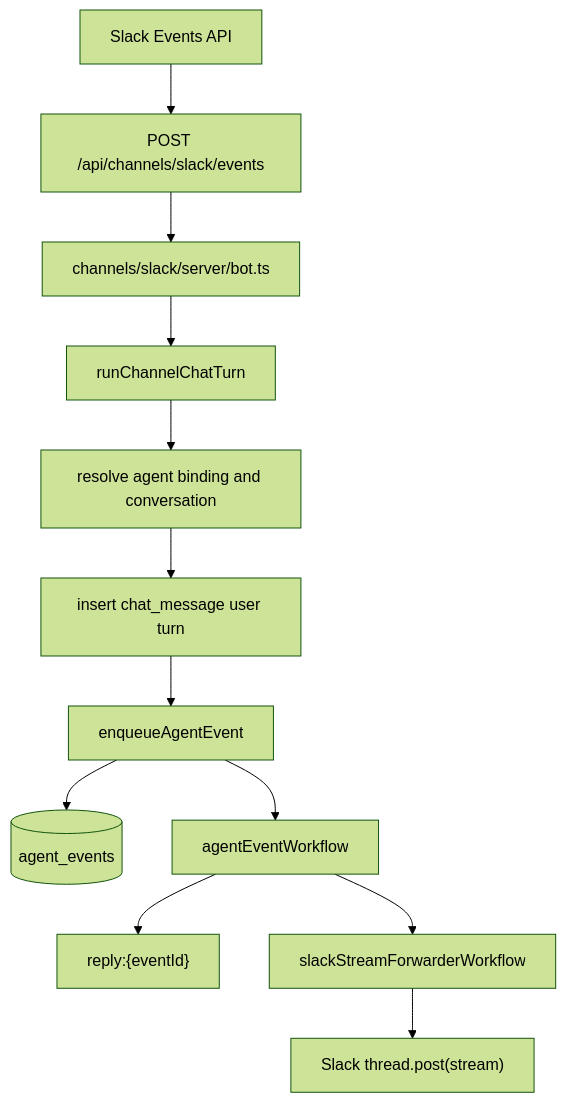
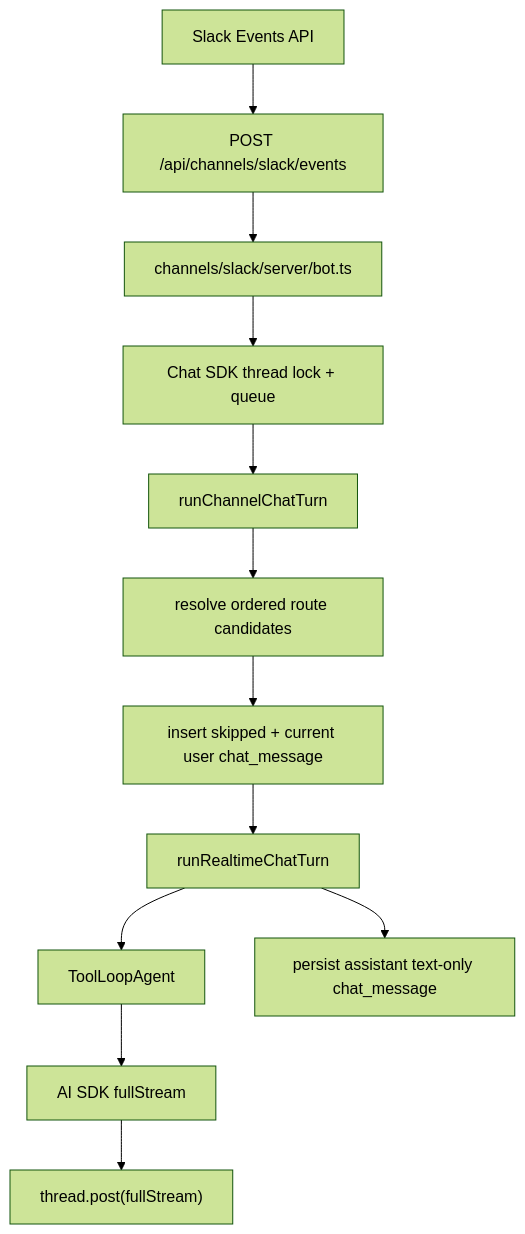
Before and after one commit to TommyBez/outname: the diagram in docs/SLACK_INTEGRATION.md, drawn with Mermaid (forest theme). The commit also changed other lines of this file and 53 other files, not shown here.

First line of the commit message:
refactor(chat): move web and Slack turns to realtime ToolLoopAgent

````diff
--- a/docs/SLACK_INTEGRATION.md
+++ b/docs/SLACK_INTEGRATION.md
@@ -9,14 +10,14 @@
 ```mermaid
 flowchart TD
   Slack[Slack Events API] --> Route["POST /api/channels/slack/events"]
   Route --> Bot["channels/slack/server/bot.ts"]
-  Bot --> Dispatch["runChannelChatTurn"]
-  Dispatch --> Routing["resolve agent binding and conversation"]
-  Routing --> Messages["insert chat_message user turn"]
-  Messages --> Enqueue["enqueueAgentEvent"]
-  Enqueue --> Ledger[("agent_events")]
-  Enqueue --> AgentWorkflow["agentEventWorkflow"]
-  AgentWorkflow --> Stream["reply:{eventId}"]
-  AgentWorkflow --> Forwarder["slackStreamForwarderWorkflow"]
-  Forwarder --> Thread["Slack thread.post(stream)"]
+  Bot --> ChatSDK["Chat SDK thread lock + queue"]
+  ChatSDK --> Dispatch["runChannelChatTurn"]
+  Dispatch --> Routing["resolve ordered route candidates"]
+  Routing --> Messages["insert skipped + current user chat_message"]
+  Messages --> Runner["runRealtimeChatTurn"]
+  Runner --> Agent["ToolLoopAgent"]
+  Agent --> Stream["AI SDK fullStream"]
+  Stream --> Thread["thread.post(fullStream)"]
+  Runner --> Persist["persist assistant text-only chat_message"]
 ```
````
